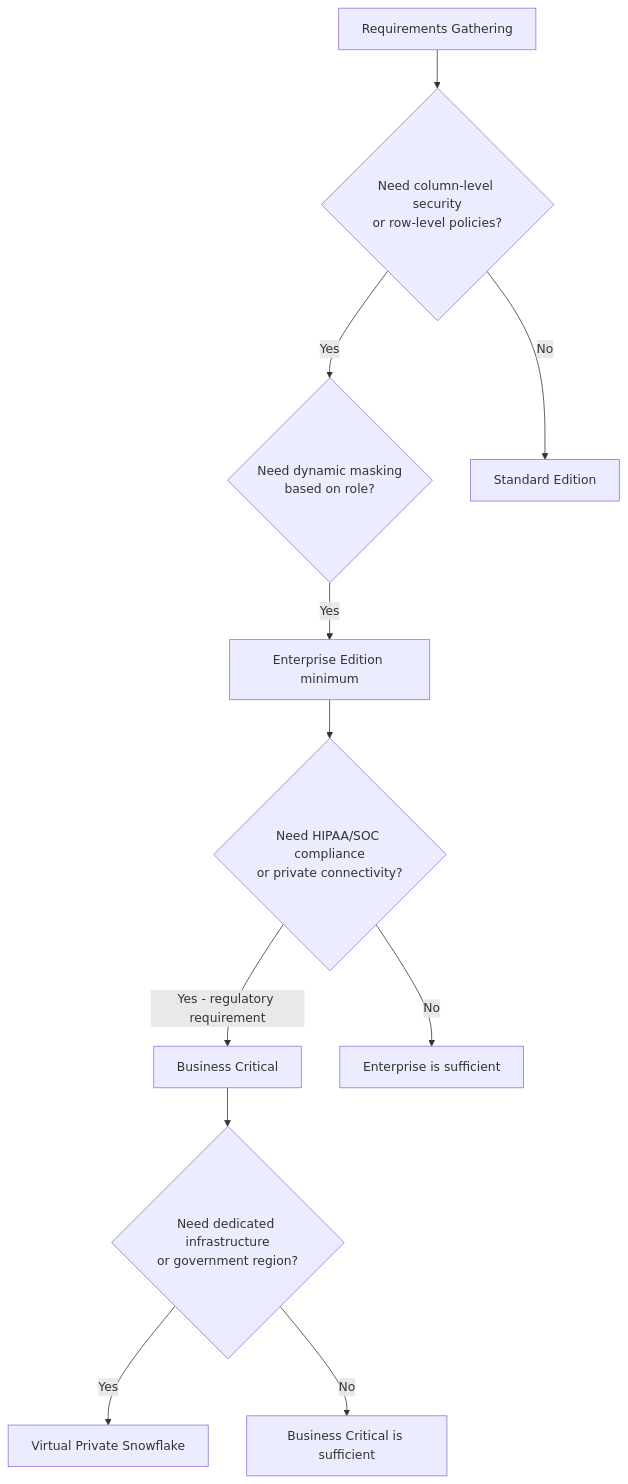
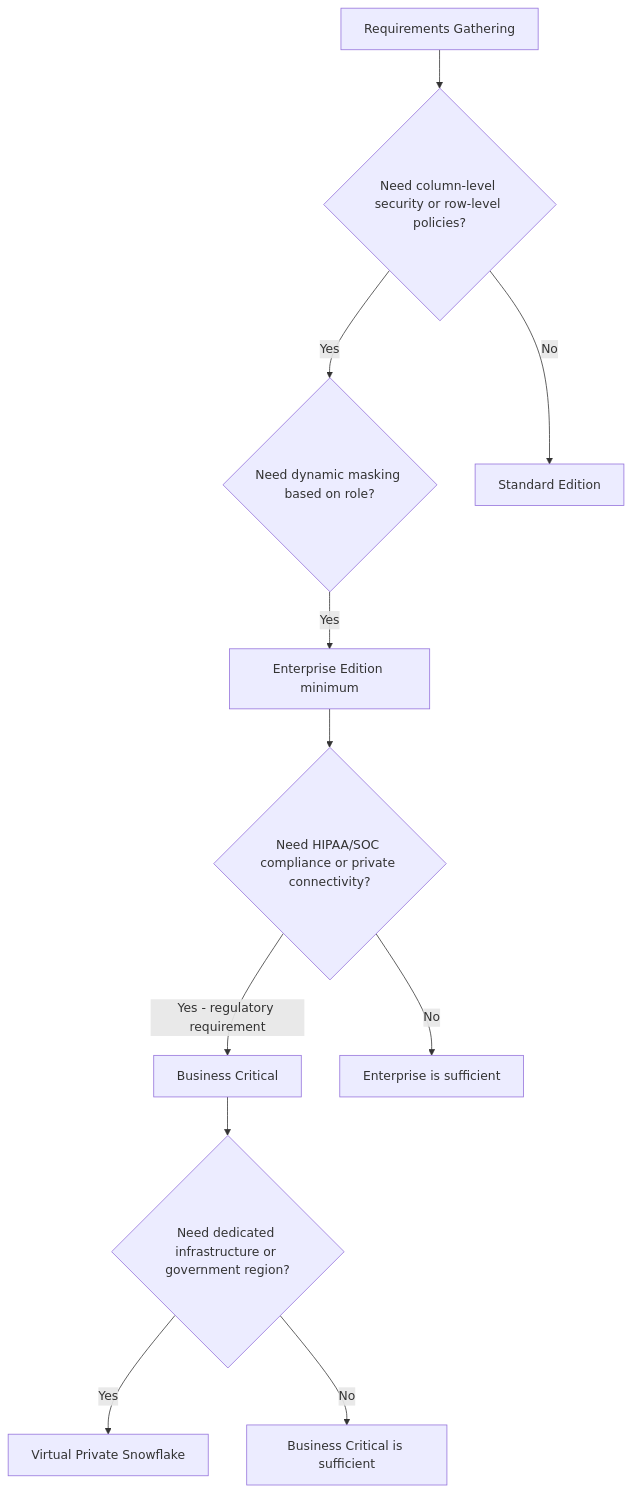
Before and after one commit to harishupadrasta/snowPro-Core: the second of 12 diagrams in 1_Snowflake_AI_Data_Cloud_Features_and_Architecture/Scenarios_Domain1.md, drawn with Mermaid. The commit also changed other lines of this file and 16 other files, not shown here.

First line of the commit message:
Fix mermaid diagrams: replace <br/> with spaces for GitHub rendering

````diff
--- a/1_Snowflake_AI_Data_Cloud_Features_and_Architecture/Scenarios_Domain1.md
+++ b/1_Snowflake_AI_Data_Cloud_Features_and_Architecture/Scenarios_Domain1.md
@@ -42,13 +42,13 @@
 ```mermaid
 graph TD
-    A[Requirements Gathering] --> B{Need column-level security<br/>or row-level policies?}
-    B -->|Yes| C{Need dynamic masking<br/>based on role?}
+    A[Requirements Gathering] --> B{Need column-level security or row-level policies?}
+    B -->|Yes| C{Need dynamic masking based on role?}
     B -->|No| D[Standard Edition]
     C -->|Yes| E[Enterprise Edition minimum]
-    E --> F{Need HIPAA/SOC compliance<br/>or private connectivity?}
+    E --> F{Need HIPAA/SOC compliance or private connectivity?}
     F -->|Yes - regulatory requirement| G[Business Critical]
     F -->|No| H[Enterprise is sufficient]
-    G --> I{Need dedicated infrastructure<br/>or government region?}
+    G --> I{Need dedicated infrastructure or government region?}
     I -->|Yes| J[Virtual Private Snowflake]
     I -->|No| K[Business Critical is sufficient]
 ```
````
